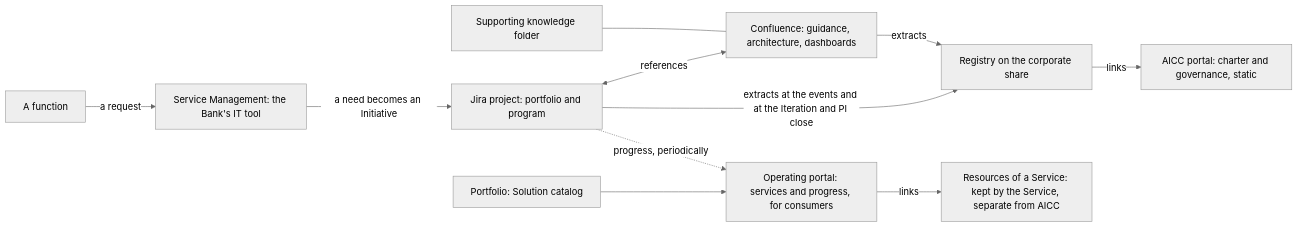
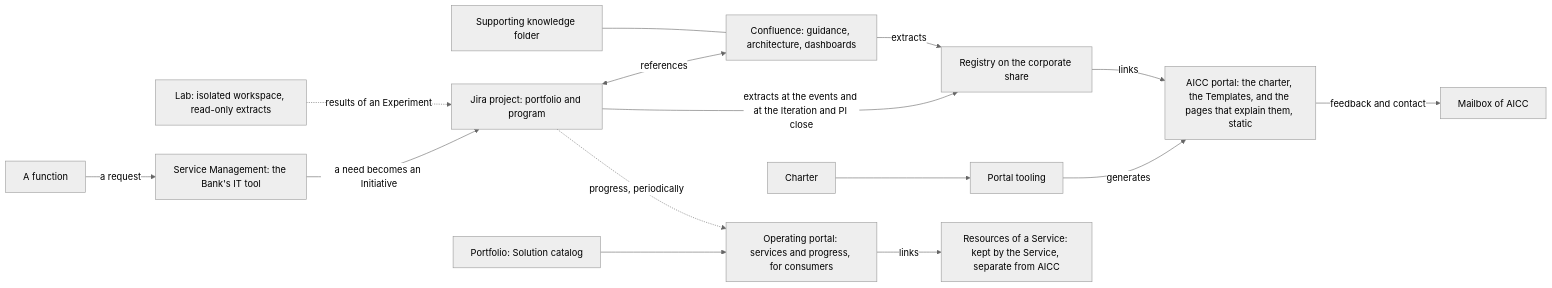
One commit to devhogu/ob-aicc changed the diagram in charter/workflows/collaboration-tooling.md. Above: the diagram before and after it, drawn with Mermaid (neutral theme). The commit also changed other lines of this file and 455 other files, not shown here.

First line of the commit message:
Charter and Registry at revision 2.0: the documents carry what the portal states by intent (DR-2026-062)

````diff
--- a/charter/workflows/collaboration-tooling.md
+++ b/charter/workflows/collaboration-tooling.md
@@ -11,13 +11,17 @@
 ```mermaid
 flowchart LR
   F["A function"] -->|"a request"| SM["Service Management: the Bank's IT tool"]
   SM -->|"a need becomes an Initiative"| J["Jira project: portfolio and program"]
   J <-->|"references"| C["Confluence: guidance, architecture, dashboards"]
   K["Supporting knowledge folder"] --- C
   J -->|"extracts at the events and at the Iteration and PI close"| R["Registry on the corporate share"]
   C -->|"extracts"| R
-  R -->|"links"| AP["AICC portal: charter and governance, static"]
+  CH["Charter"] --> PT["Portal tooling"]
+  PT -->|"generates"| AP["AICC portal: the charter, the Templates, and the pages that explain them, static"]
+  R -->|"links"| AP
+  AP -->|"feedback and contact"| MB["Mailbox of AICC"]
+  LB["Lab: isolated workspace, read-only extracts"] -.->|"results of an Experiment"| J
   P["Portfolio: Solution catalog"] --> OP["Operating portal: services and progress, for consumers"]
   J -.->|"progress, periodically"| OP
   OP -->|"links"| SP["Resources of a Service: kept by the Service, separate from AICC"]
 ```
````
